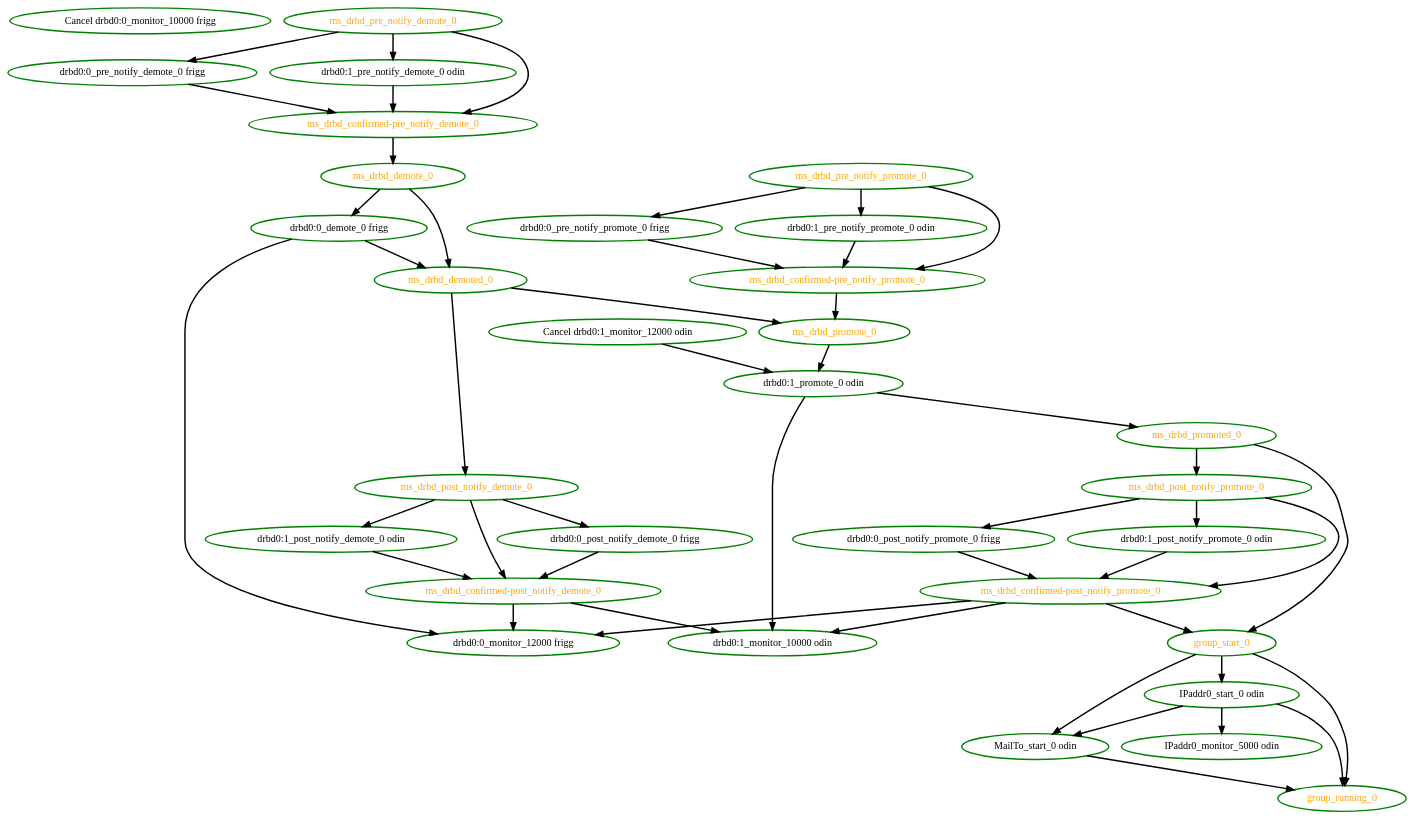
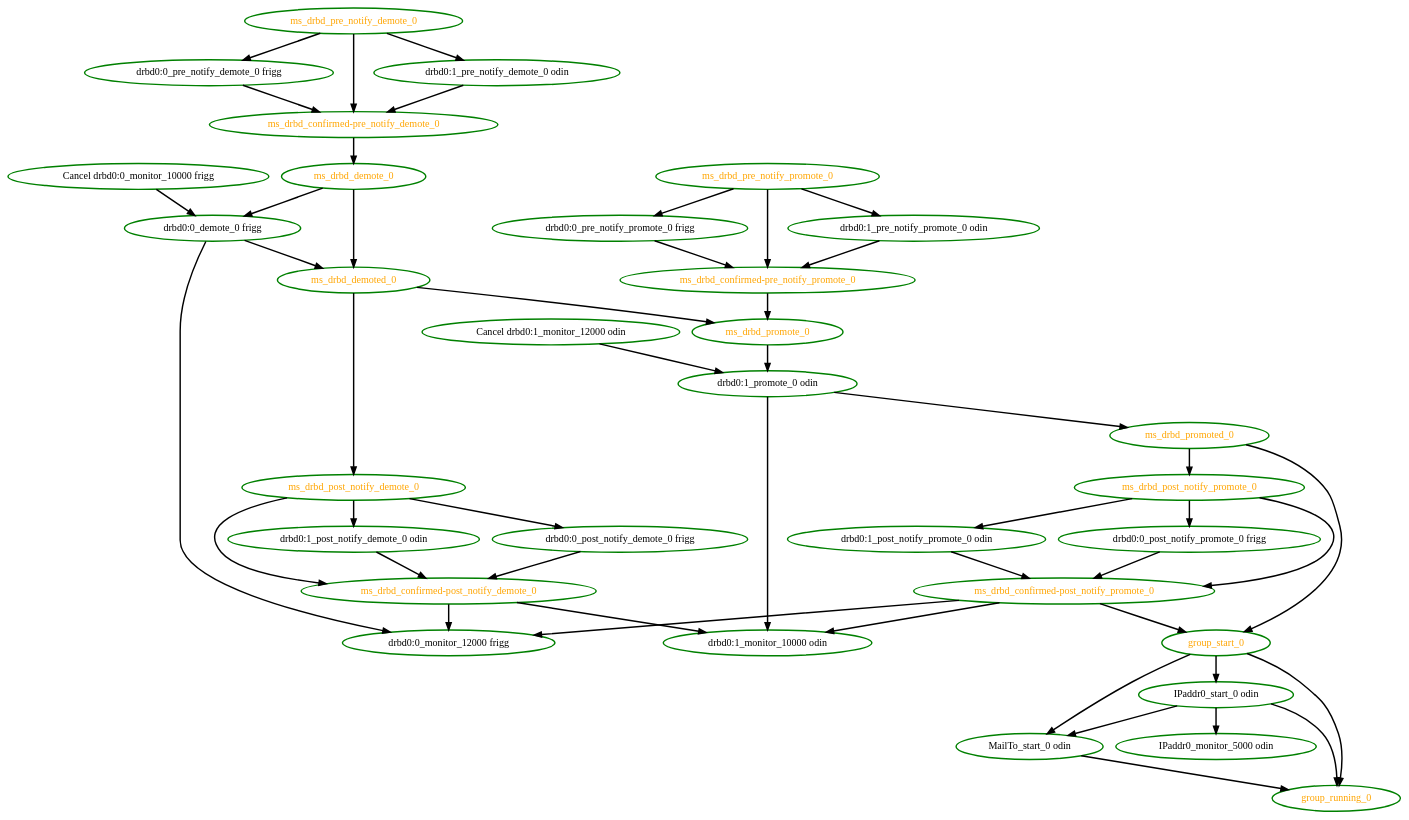
The diagram in pengine/testcases/master-13.dot (linux-ha-japan/pm_diskd), drawn with Graphviz before and after one commit. The commit also changed 2 other files, not shown here.

Commit message:
High: PE: Ensure 'master' monitor actions are cancelled _before_ we demote the resource

```diff
--- a/pengine/testcases/master-13.dot
+++ b/pengine/testcases/master-13.dot
@@ -1,79 +1,80 @@
 digraph "g" {
+"Cancel drbd0:0_monitor_10000 frigg" -> "drbd0:0_demote_0 frigg" [ style = bold]
 "Cancel drbd0:0_monitor_10000 frigg" [ style=bold color="green" fontcolor="black"  ]
 "Cancel drbd0:1_monitor_12000 odin" -> "drbd0:1_promote_0 odin" [ style = bold]
 "Cancel drbd0:1_monitor_12000 odin" [ style=bold color="green" fontcolor="black"  ]
 "IPaddr0_monitor_5000 odin" [ style=bold color="green" fontcolor="black"  ]
 "IPaddr0_start_0 odin" -> "IPaddr0_monitor_5000 odin" [ style = bold]
 "IPaddr0_start_0 odin" -> "MailTo_start_0 odin" [ style = bold]
 "IPaddr0_start_0 odin" -> "group_running_0" [ style = bold]
 "IPaddr0_start_0 odin" [ style=bold color="green" fontcolor="black"  ]
 "MailTo_start_0 odin" -> "group_running_0" [ style = bold]
 "MailTo_start_0 odin" [ style=bold color="green" fontcolor="black"  ]
 "drbd0:0_demote_0 frigg" -> "drbd0:0_monitor_12000 frigg" [ style = bold]
 "drbd0:0_demote_0 frigg" -> "ms_drbd_demoted_0" [ style = bold]
 "drbd0:0_demote_0 frigg" [ style=bold color="green" fontcolor="black"  ]
 "drbd0:0_monitor_12000 frigg" [ style=bold color="green" fontcolor="black"  ]
 "drbd0:0_post_notify_demote_0 frigg" -> "ms_drbd_confirmed-post_notify_demote_0" [ style = bold]
 "drbd0:0_post_notify_demote_0 frigg" [ style=bold color="green" fontcolor="black"  ]
 "drbd0:0_post_notify_promote_0 frigg" -> "ms_drbd_confirmed-post_notify_promote_0" [ style = bold]
 "drbd0:0_post_notify_promote_0 frigg" [ style=bold color="green" fontcolor="black"  ]
 "drbd0:0_pre_notify_demote_0 frigg" -> "ms_drbd_confirmed-pre_notify_demote_0" [ style = bold]
 "drbd0:0_pre_notify_demote_0 frigg" [ style=bold color="green" fontcolor="black"  ]
 "drbd0:0_pre_notify_promote_0 frigg" -> "ms_drbd_confirmed-pre_notify_promote_0" [ style = bold]
 "drbd0:0_pre_notify_promote_0 frigg" [ style=bold color="green" fontcolor="black"  ]
 "drbd0:1_monitor_10000 odin" [ style=bold color="green" fontcolor="black"  ]
 "drbd0:1_post_notify_demote_0 odin" -> "ms_drbd_confirmed-post_notify_demote_0" [ style = bold]
 "drbd0:1_post_notify_demote_0 odin" [ style=bold color="green" fontcolor="black"  ]
 "drbd0:1_post_notify_promote_0 odin" -> "ms_drbd_confirmed-post_notify_promote_0" [ style = bold]
 "drbd0:1_post_notify_promote_0 odin" [ style=bold color="green" fontcolor="black"  ]
 "drbd0:1_pre_notify_demote_0 odin" -> "ms_drbd_confirmed-pre_notify_demote_0" [ style = bold]
 "drbd0:1_pre_notify_demote_0 odin" [ style=bold color="green" fontcolor="black"  ]
 "drbd0:1_pre_notify_promote_0 odin" -> "ms_drbd_confirmed-pre_notify_promote_0" [ style = bold]
 "drbd0:1_pre_notify_promote_0 odin" [ style=bold color="green" fontcolor="black"  ]
 "drbd0:1_promote_0 odin" -> "drbd0:1_monitor_10000 odin" [ style = bold]
 "drbd0:1_promote_0 odin" -> "ms_drbd_promoted_0" [ style = bold]
 "drbd0:1_promote_0 odin" [ style=bold color="green" fontcolor="black"  ]
 "group_running_0" [ style=bold color="green" fontcolor="orange"  ]
 "group_start_0" -> "IPaddr0_start_0 odin" [ style = bold]
 "group_start_0" -> "MailTo_start_0 odin" [ style = bold]
 "group_start_0" -> "group_running_0" [ style = bold]
 "group_start_0" [ style=bold color="green" fontcolor="orange"  ]
 "ms_drbd_confirmed-post_notify_demote_0" -> "drbd0:0_monitor_12000 frigg" [ style = bold]
 "ms_drbd_confirmed-post_notify_demote_0" -> "drbd0:1_monitor_10000 odin" [ style = bold]
 "ms_drbd_confirmed-post_notify_demote_0" [ style=bold color="green" fontcolor="orange"  ]
 "ms_drbd_confirmed-post_notify_promote_0" -> "drbd0:0_monitor_12000 frigg" [ style = bold]
 "ms_drbd_confirmed-post_notify_promote_0" -> "drbd0:1_monitor_10000 odin" [ style = bold]
 "ms_drbd_confirmed-post_notify_promote_0" -> "group_start_0" [ style = bold]
 "ms_drbd_confirmed-post_notify_promote_0" [ style=bold color="green" fontcolor="orange"  ]
 "ms_drbd_confirmed-pre_notify_demote_0" -> "ms_drbd_demote_0" [ style = bold]
 "ms_drbd_confirmed-pre_notify_demote_0" [ style=bold color="green" fontcolor="orange"  ]
 "ms_drbd_confirmed-pre_notify_promote_0" -> "ms_drbd_promote_0" [ style = bold]
 "ms_drbd_confirmed-pre_notify_promote_0" [ style=bold color="green" fontcolor="orange"  ]
 "ms_drbd_demote_0" -> "drbd0:0_demote_0 frigg" [ style = bold]
 "ms_drbd_demote_0" -> "ms_drbd_demoted_0" [ style = bold]
 "ms_drbd_demote_0" [ style=bold color="green" fontcolor="orange"  ]
 "ms_drbd_demoted_0" -> "ms_drbd_post_notify_demote_0" [ style = bold]
 "ms_drbd_demoted_0" -> "ms_drbd_promote_0" [ style = bold]
 "ms_drbd_demoted_0" [ style=bold color="green" fontcolor="orange"  ]
 "ms_drbd_post_notify_demote_0" -> "drbd0:0_post_notify_demote_0 frigg" [ style = bold]
 "ms_drbd_post_notify_demote_0" -> "drbd0:1_post_notify_demote_0 odin" [ style = bold]
 "ms_drbd_post_notify_demote_0" -> "ms_drbd_confirmed-post_notify_demote_0" [ style = bold]
 "ms_drbd_post_notify_demote_0" [ style=bold color="green" fontcolor="orange"  ]
 "ms_drbd_post_notify_promote_0" -> "drbd0:0_post_notify_promote_0 frigg" [ style = bold]
 "ms_drbd_post_notify_promote_0" -> "drbd0:1_post_notify_promote_0 odin" [ style = bold]
 "ms_drbd_post_notify_promote_0" -> "ms_drbd_confirmed-post_notify_promote_0" [ style = bold]
 "ms_drbd_post_notify_promote_0" [ style=bold color="green" fontcolor="orange"  ]
 "ms_drbd_pre_notify_demote_0" -> "drbd0:0_pre_notify_demote_0 frigg" [ style = bold]
 "ms_drbd_pre_notify_demote_0" -> "drbd0:1_pre_notify_demote_0 odin" [ style = bold]
 "ms_drbd_pre_notify_demote_0" -> "ms_drbd_confirmed-pre_notify_demote_0" [ style = bold]
 "ms_drbd_pre_notify_demote_0" [ style=bold color="green" fontcolor="orange"  ]
 "ms_drbd_pre_notify_promote_0" -> "drbd0:0_pre_notify_promote_0 frigg" [ style = bold]
 "ms_drbd_pre_notify_promote_0" -> "drbd0:1_pre_notify_promote_0 odin" [ style = bold]
 "ms_drbd_pre_notify_promote_0" -> "ms_drbd_confirmed-pre_notify_promote_0" [ style = bold]
 "ms_drbd_pre_notify_promote_0" [ style=bold color="green" fontcolor="orange"  ]
 "ms_drbd_promote_0" -> "drbd0:1_promote_0 odin" [ style = bold]
 "ms_drbd_promote_0" [ style=bold color="green" fontcolor="orange"  ]
 "ms_drbd_promoted_0" -> "group_start_0" [ style = bold]
 "ms_drbd_promoted_0" -> "ms_drbd_post_notify_promote_0" [ style = bold]
 "ms_drbd_promoted_0" [ style=bold color="green" fontcolor="orange"  ]
 }
```
